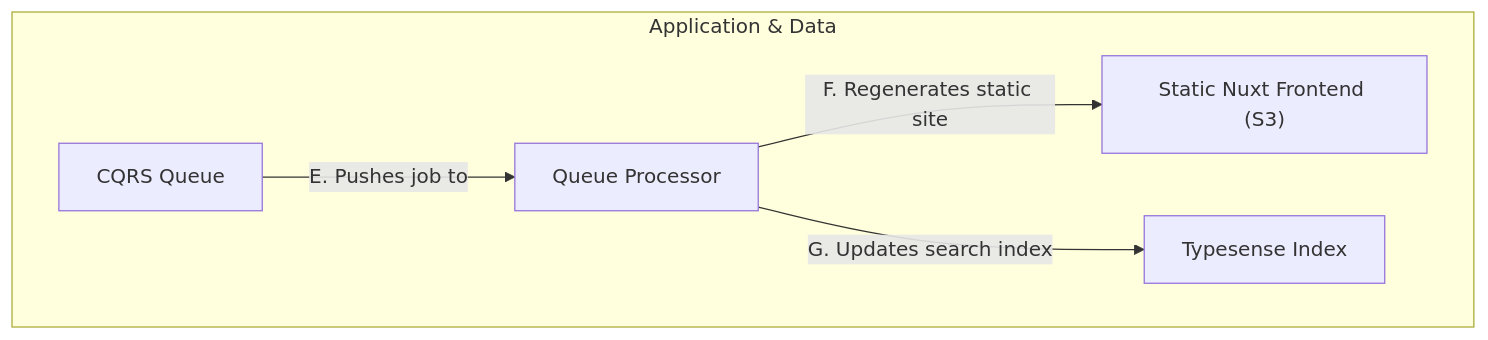
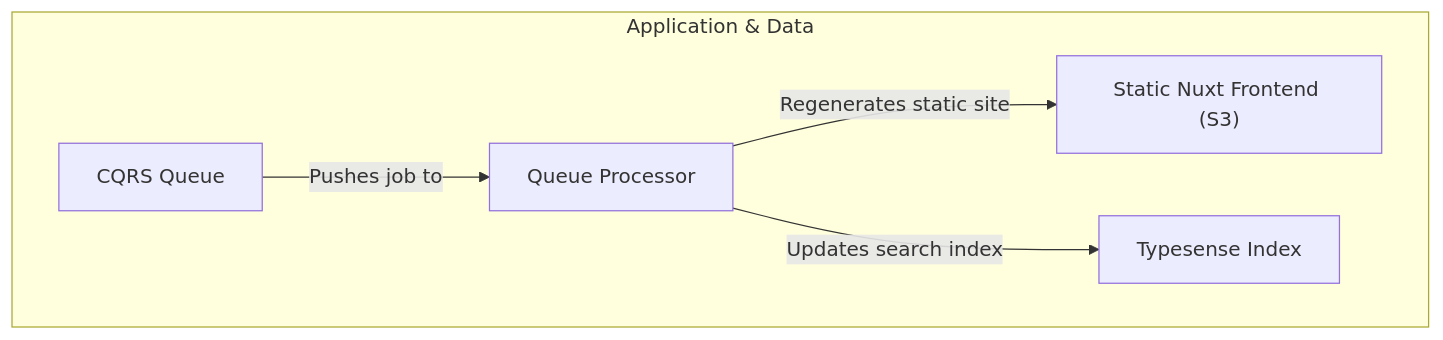
Before and after one commit to daim-dev/pitch: the fourth of 4 diagrams in slides.md, drawn with Mermaid. The commit also changed other lines of this file, not shown here.

Commit message:
fix(architecture): remove sequence labels

````diff
--- a/slides.md
+++ b/slides.md
@@ -234,13 +234,13 @@
 ```mermaid
 graph TD
     subgraph "Application & Data"
         Queue["CQRS Queue"]
         Processor["Queue Processor"]
         S3["Static Nuxt Frontend (S3)"]
         Search["Typesense Index"]
     end
 
-    Queue -- "E. Pushes job to" --> Processor
-    Processor -- "F. Regenerates static site" --> S3
-    Processor -- "G. Updates search index" --> Search
+    Queue -- "Pushes job to" --> Processor
+    Processor -- "Regenerates static site" --> S3
+    Processor -- "Updates search index" --> Search
 ```
````
